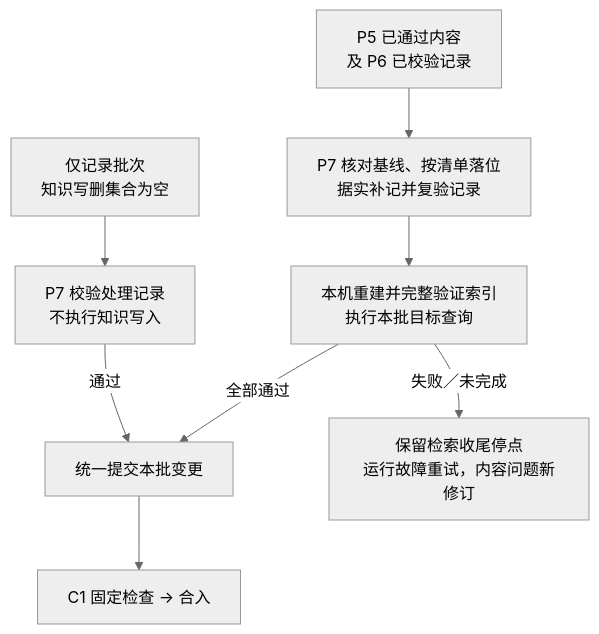
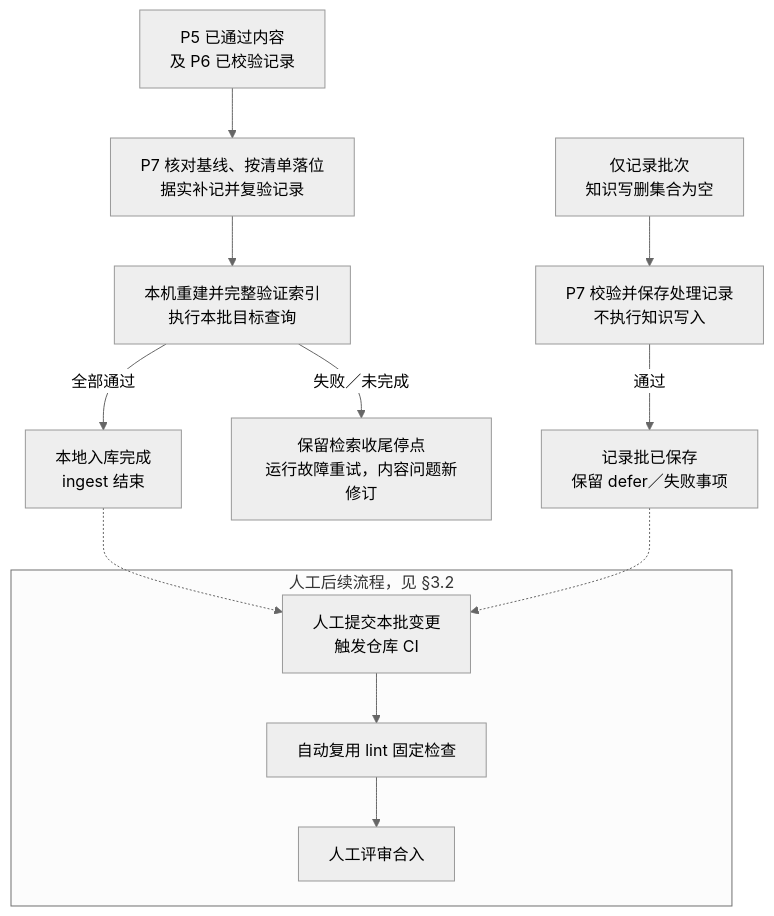
Before and after one commit to Robin-hhc/FactumCore: diagram 13 of 19 in aiotbot-knowledge-wifi-mp/docs-llm-wiki/知识库详细设计.md, drawn with Mermaid (neutral theme). The commit also changed other lines of this file and 95 other files, not shown here.

````diff
--- a/aiotbot-knowledge-wifi-mp/docs-llm-wiki/知识库详细设计.md
+++ b/aiotbot-knowledge-wifi-mp/docs-llm-wiki/知识库详细设计.md
@@ -593,10 +600,15 @@
 ```mermaid
 flowchart TD
     CONTENT["P5 已通过内容<br/>及 P6 已校验记录"] --> APPLY["P7 核对基线、按清单落位<br/>据实补记并复验记录"]
     APPLY --> INDEX["本机重建并完整验证索引<br/>执行本批目标查询"]
-    INDEX -->|"全部通过"| SUBMIT["统一提交本批变更"]
+    INDEX -->|"全部通过"| DONE["本地入库完成<br/>ingest 结束"]
     INDEX -->|"失败／未完成"| STOP["保留检索收尾停点<br/>运行故障重试，内容问题新修订"]
-    RECORD["仅记录批次<br/>知识写删集合为空"] --> CHECK["P7 校验处理记录<br/>不执行知识写入"]
-    CHECK -->|"通过"| SUBMIT
-    SUBMIT --> CI["C1 固定检查 → 合入"]
+    RECORD["仅记录批次<br/>知识写删集合为空"] --> CHECK["P7 校验并保存处理记录<br/>不执行知识写入"]
+    CHECK -->|"通过"| SAVED["记录批已保存<br/>保留 defer／失败事项"]
+    subgraph HUMAN["人工后续流程，见 §3.2"]
+        SUBMIT["人工提交本批变更<br/>触发仓库 CI"] --> CI["自动复用 lint 固定检查"]
+        CI --> MERGE["人工评审合入"]
+    end
+    DONE -.-> SUBMIT
+    SAVED -.-> SUBMIT
 ```
````
